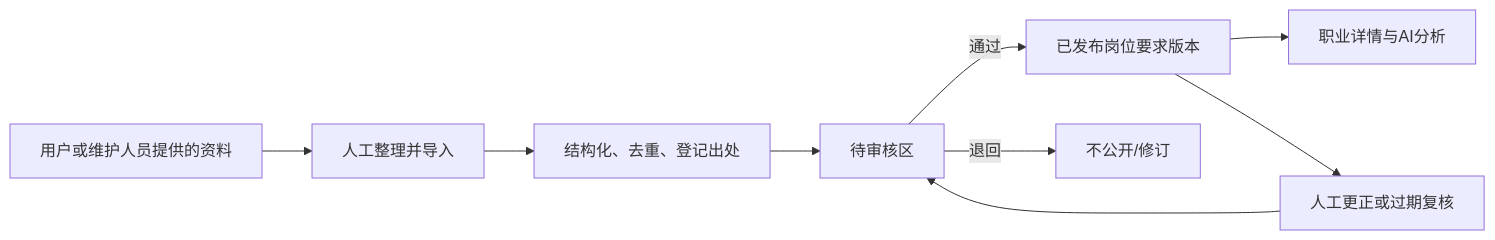
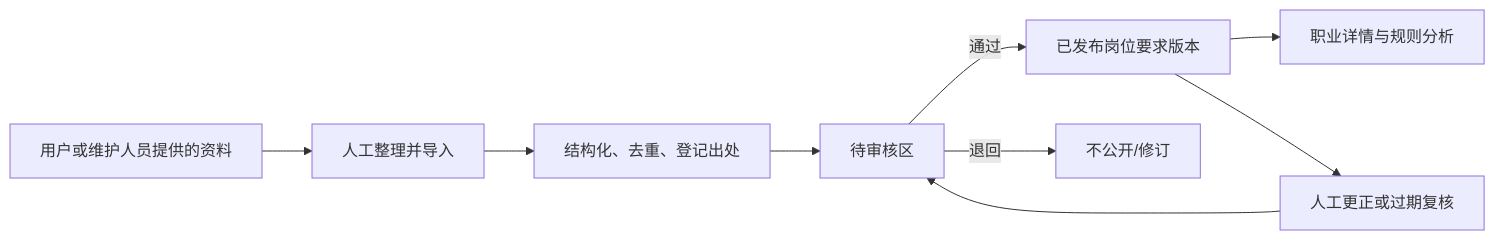
Before and after one commit to zhangyue2029-cmd/our_website: the third of 3 diagrams in memory-bank/design-document.md, drawn with Mermaid. The commit also changed other lines of this file and 14 other files, not shown here.

````diff
--- a/memory-bank/design-document.md
+++ b/memory-bank/design-document.md
@@ -378,11 +378,11 @@
 ```mermaid
 flowchart LR
   A[用户或维护人员提供的资料] --> B[人工整理并导入]
   B --> C[结构化、去重、登记出处]
   C --> D[待审核区]
   D -->|通过| E[已发布岗位要求版本]
   D -->|退回| F[不公开/修订]
-  E --> G[职业详情与AI分析]
+  E --> G[职业详情与规则分析]
   E --> H[人工更正或过期复核]
   H --> D
 ```
````
